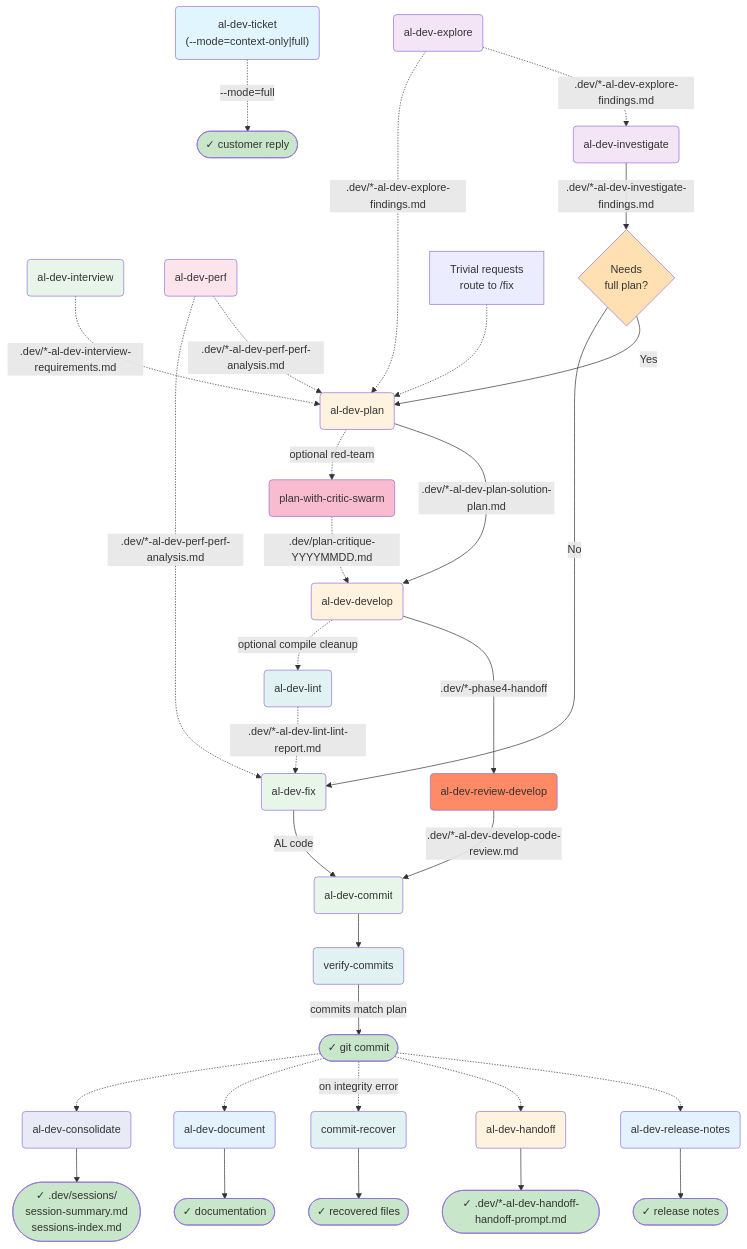
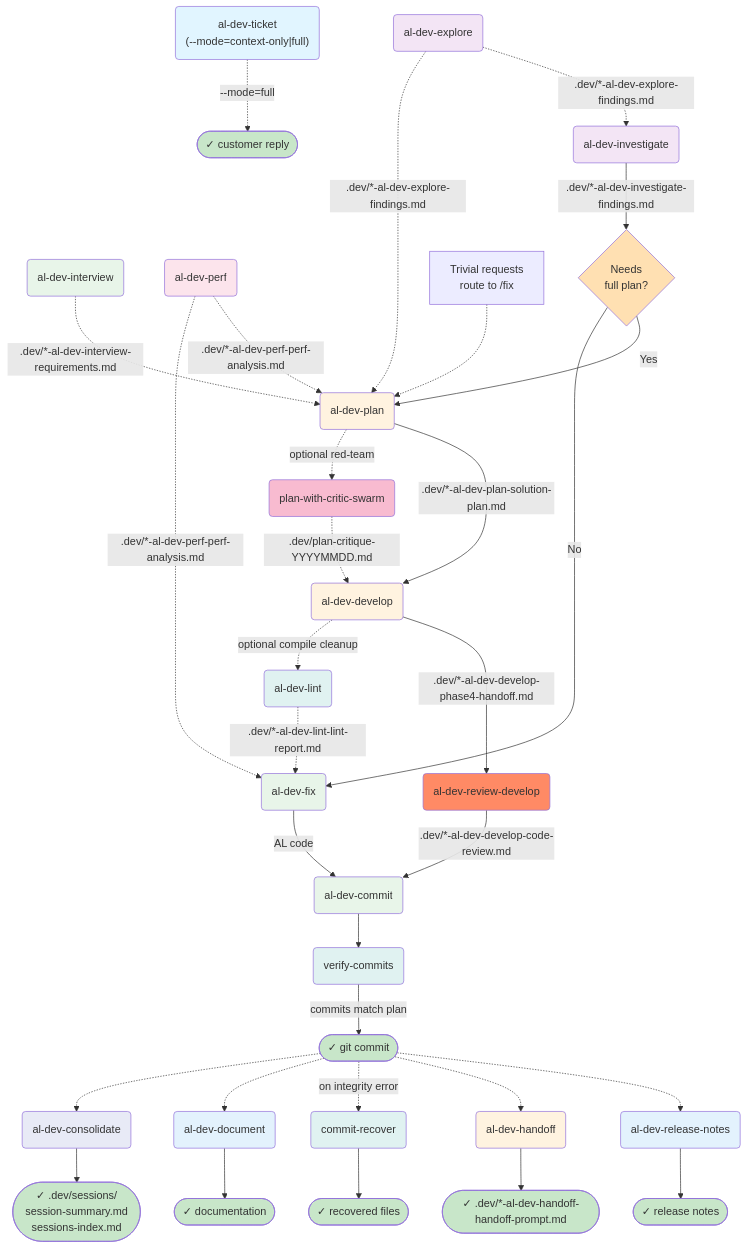
The first of 23 diagrams in docs/al-dev-skills-map.md (russell-laing/al-dev-shared), drawn with Mermaid before and after one commit. The commit also changed other lines of this file, not shown here.

````diff
--- a/docs/al-dev-skills-map.md
+++ b/docs/al-dev-skills-map.md
@@ -14,77 +14,77 @@
 ```mermaid
 flowchart TD
     %% Pre-planning tributaries (optional)
     Explore("al-dev-explore") -.->|.dev/*-al-dev-explore-findings.md| Investigate
     Explore -.->|.dev/*-al-dev-explore-findings.md| Plan
     Interview("al-dev-interview") -.->|.dev/*-al-dev-interview-requirements.md| Plan
     Perf("al-dev-perf") -.->|.dev/*-al-dev-perf-perf-analysis.md| Plan
     Perf -.->|.dev/*-al-dev-perf-perf-analysis.md| FixDirect
 
     %% Entry points
     Ticket("al-dev-ticket<br/>(--mode=context-only|full)")
     Investigate("al-dev-investigate")
     FixDirect("al-dev-fix") -->|AL code| Commit("al-dev-commit")
 
     %% Investigation path branches
     Investigate -->|.dev/*-al-dev-investigate-findings.md| Decision1{Needs<br/>full plan?}
     Decision1 -->|Yes| Plan("al-dev-plan")
     Decision1 -->|No| FixDirect
 
     %% Main development spine
     Plan -->|.dev/*-al-dev-plan-solution-plan.md| Develop("al-dev-develop")
-    Develop -->|.dev/*-phase4-handoff| ReviewDevelop("al-dev-review-develop")
+    Develop -->|.dev/*-al-dev-develop-phase4-handoff.md| ReviewDevelop("al-dev-review-develop")
     ReviewDevelop -->|.dev/*-al-dev-develop-code-review.md| Commit
 
     %% Optional plan red-teaming
     Plan -.->|optional red-team| CriticSwarm("plan-with-critic-swarm")
     CriticSwarm -.->|.dev/plan-critique-YYYYMMDD.md| Develop
 
     %% Lint feedback loop
     Develop -.->|optional compile cleanup| Lint("al-dev-lint")
     Lint -.->|.dev/*-al-dev-lint-lint-report.md| FixDirect
 
     %% Complexity gate within plan
     Note["Trivial requests<br/>route to /fix"] -.-> Plan
 
     %% Outputs
     Commit --> Verify("verify-commits")
     Verify -->|commits match plan| Git(["✓ git commit"])
     Git -.-> ReleaseNotes("al-dev-release-notes")
     ReleaseNotes --> Notes(["✓ release notes"])
     Git -.-> Handoff("al-dev-handoff")
     Handoff --> HandoffOut(["✓ .dev/*-al-dev-handoff-handoff-prompt.md"])
     Git -.->|on integrity error| Recover("commit-recover")
     Recover --> RecoverOut(["✓ recovered files"])
     Git -.-> Document("al-dev-document")
     Document --> DocOut(["✓ documentation"])
     Git -.-> Consolidate("al-dev-consolidate")
     Consolidate --> ConsolidateOut(["✓ .dev/sessions/\nsession-summary.md\nsessions-index.md"])
     Ticket -.->|--mode=full| Reply(["✓ customer reply"])
 
     style Ticket fill:#e1f5ff
     style Investigate fill:#f3e5f5
     style Explore fill:#f3e5f5
     style Interview fill:#e8f5e9
     style Plan fill:#fff3e0
     style Develop fill:#fff3e0
     style ReviewDevelop fill:#ff8a65
     style FixDirect fill:#e8f5e9
     style Commit fill:#e8f5e9
     style Git fill:#c8e6c9
     style Notes fill:#c8e6c9
     style Reply fill:#c8e6c9
     style ReleaseNotes fill:#e3f2fd
     style Perf fill:#fce4ec
     style Lint fill:#e0f2f1
     style Handoff fill:#fff3e0
     style HandoffOut fill:#c8e6c9
     style Recover fill:#e0f2f1
     style RecoverOut fill:#c8e6c9
     style Document fill:#e3f2fd
     style DocOut fill:#c8e6c9
     style Consolidate fill:#e8eaf6
     style ConsolidateOut fill:#c8e6c9
     style Decision1 fill:#ffe0b2
     style CriticSwarm fill:#f8bbd0
     style Verify fill:#e0f2f1
 ```
````
